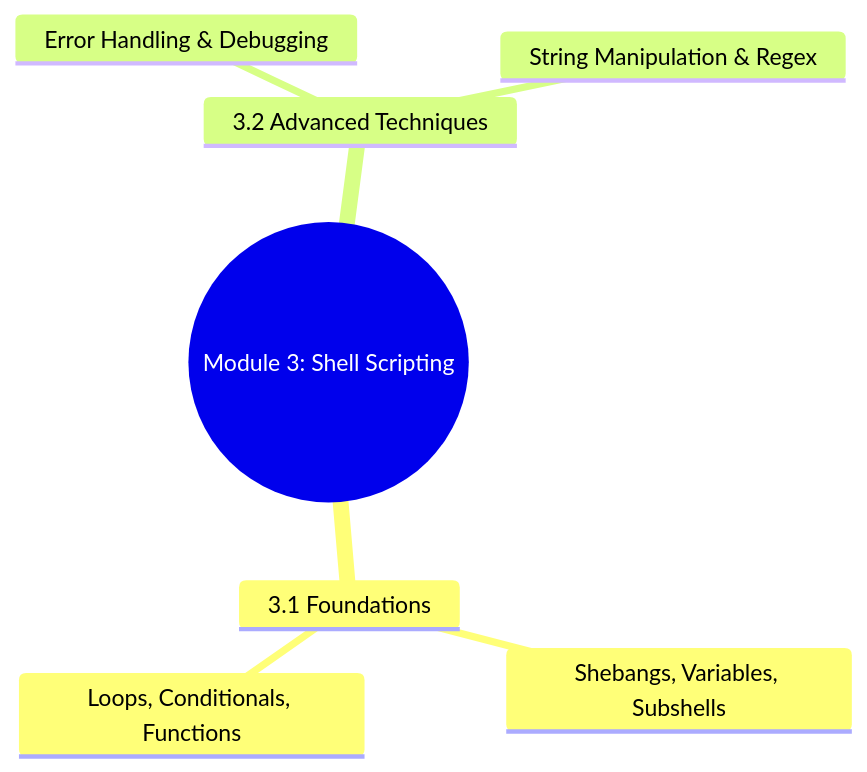
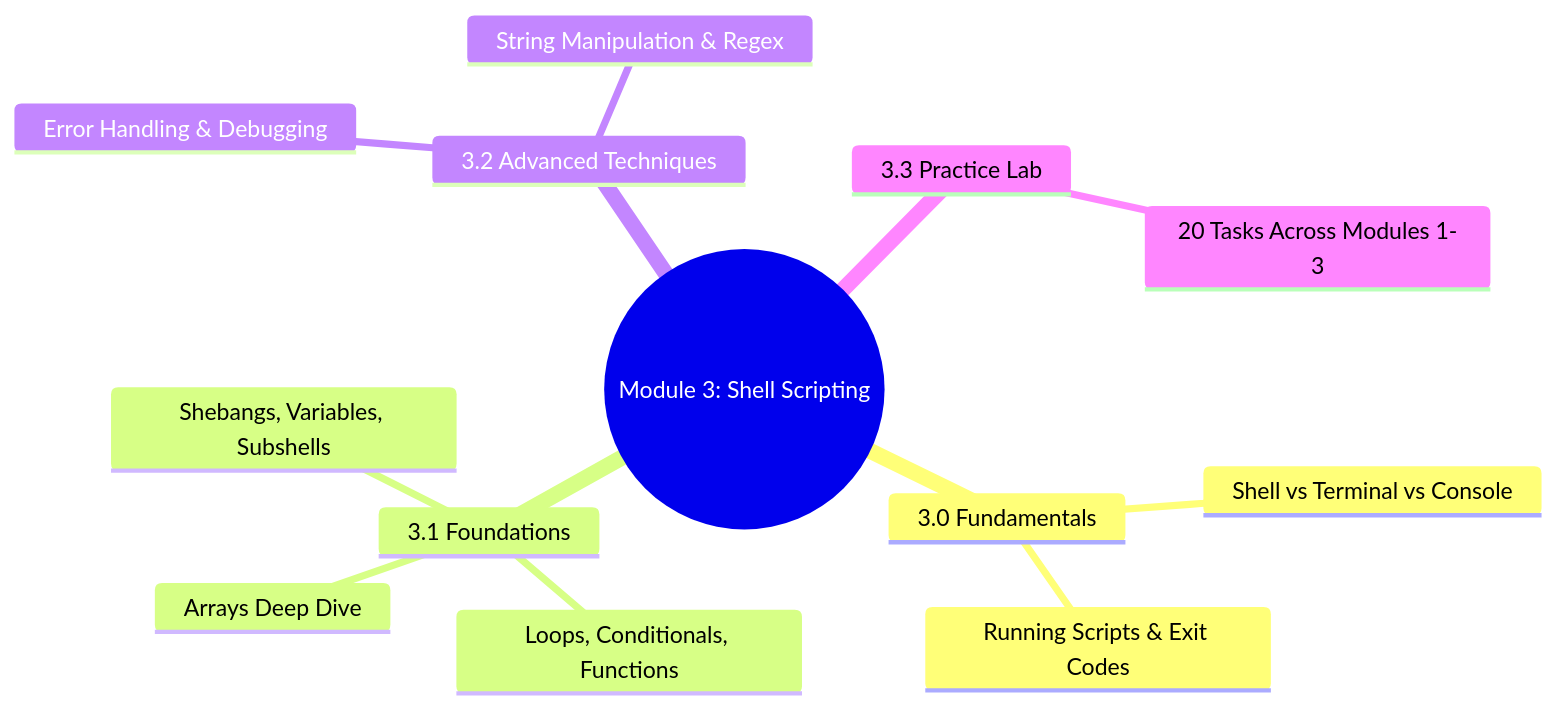
Before and after one commit to VidhyadharanSS/PlatformEngineeringNotes: the first of 3 diagrams in 3-Shell-Scripting/Module_3_Approach_Guide.md, drawn with Mermaid. The commit also changed other lines of this file and 45 other files, not shown here.

````diff
--- a/3-Shell-Scripting/Module_3_Approach_Guide.md
+++ b/3-Shell-Scripting/Module_3_Approach_Guide.md
@@ -5,10 +5,16 @@
 ```mermaid
 mindmap
   root((Module 3: Shell Scripting))
+    3.0 Fundamentals
+      Shell vs Terminal vs Console
+      Running Scripts & Exit Codes
     3.1 Foundations
       Shebangs, Variables, Subshells
       Loops, Conditionals, Functions
+      Arrays Deep Dive
     3.2 Advanced Techniques
       Error Handling & Debugging
       String Manipulation & Regex
+    3.3 Practice Lab
+      20 Tasks Across Modules 1-3
 ```
````
